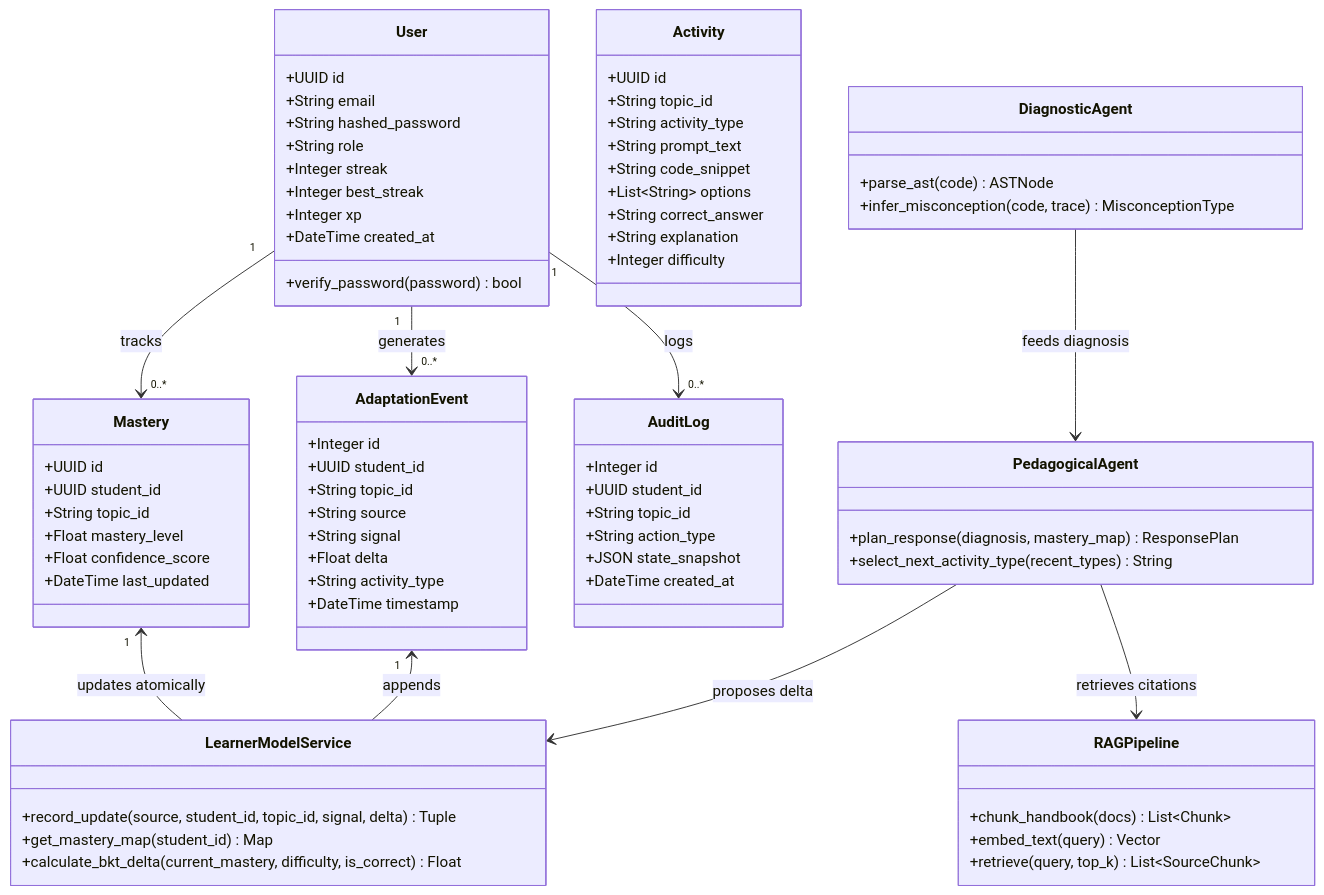
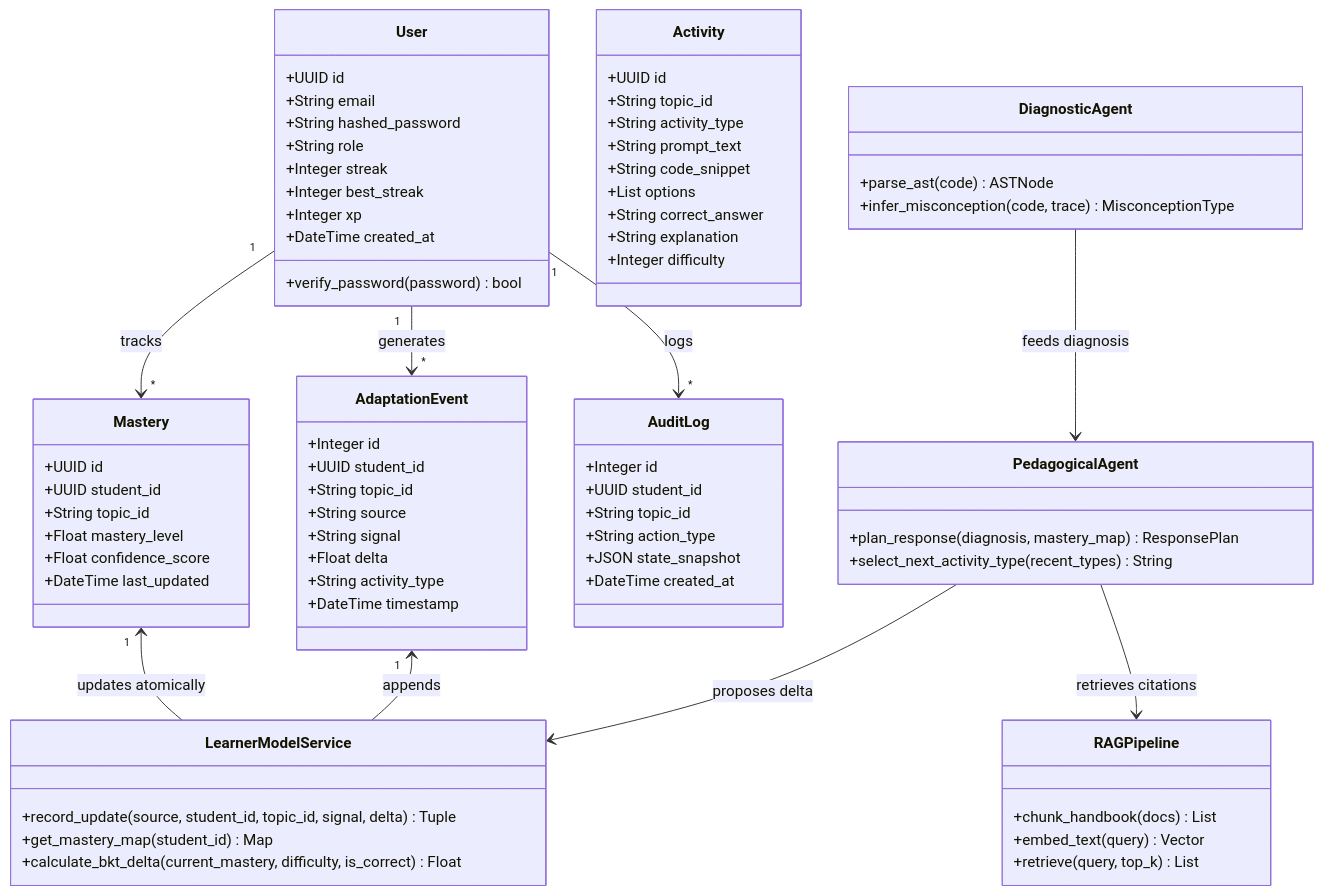
The fifth of 7 diagrams in README.md (HarshilKhanna/Python-Educator), drawn with Mermaid before and after one commit. The commit also changed other lines of this file, not shown here.

Commit message:
fix(docs): resolve Mermaid syntax for GitHub renderer

```diff
--- a/README.md
+++ b/README.md
@@ -275,7 +275,7 @@
         +String activity_type
         +String prompt_text
         +String code_snippet
-        +List~String~ options
+        +List options
         +String correct_answer
         +String explanation
         +Integer difficulty
@@ -298,14 +298,14 @@
     }
 
     class RAGPipeline {
-        +chunk_handbook(docs) List~Chunk~
+        +chunk_handbook(docs) List
         +embed_text(query) Vector
-        +retrieve(query, top_k) List~SourceChunk~
+        +retrieve(query, top_k) List
     }
 
-    User "1" --> "0..*" Mastery : tracks
-    User "1" --> "0..*" AdaptationEvent : generates
-    User "1" --> "0..*" AuditLog : logs
+    User "1" --> "*" Mastery : tracks
+    User "1" --> "*" AdaptationEvent : generates
+    User "1" --> "*" AuditLog : logs
     Mastery "1" <-- LearnerModelService : updates atomically
     AdaptationEvent "1" <-- LearnerModelService : appends
     PedagogicalAgent --> LearnerModelService : proposes delta
```
